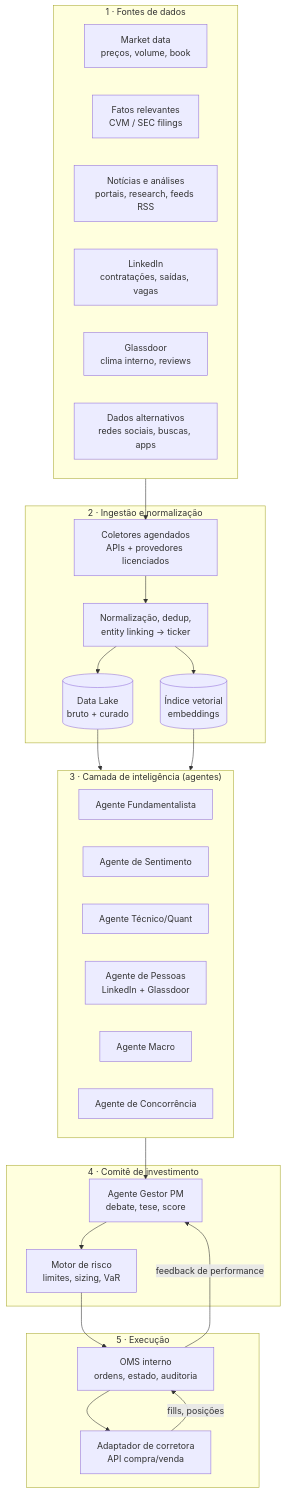
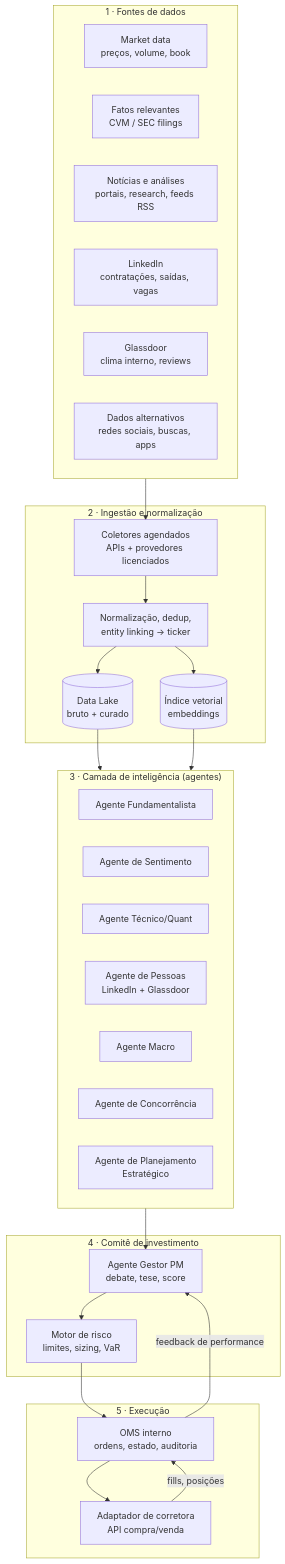
Before and after one commit to pegoraroLenzi/autosearch-apk: the diagram in PROJETO-AI-NATIVE-HEDGE-FUND.md, drawn with Mermaid. The commit also changed other lines of this file and 1 other file, not shown here.

First line of the commit message:
Adiciona Agente de Planejamento Estratégico e sua base teórica

````diff
--- a/PROJETO-AI-NATIVE-HEDGE-FUND.md
+++ b/PROJETO-AI-NATIVE-HEDGE-FUND.md
@@ -28,45 +28,46 @@
 ```mermaid
 flowchart TB
     subgraph FONTES["1 · Fontes de dados"]
         MD[Market data<br/>preços, volume, book]
         FR[Fatos relevantes<br/>CVM / SEC filings]
         NEWS[Notícias e análises<br/>portais, research, feeds RSS]
         LI[LinkedIn<br/>contratações, saídas, vagas]
         GD[Glassdoor<br/>clima interno, reviews]
         ALT[Dados alternativos<br/>redes sociais, buscas, apps]
     end
 
     subgraph INGESTAO["2 · Ingestão e normalização"]
         COL[Coletores agendados<br/>APIs + provedores licenciados]
         NORM[Normalização, dedup,<br/>entity linking → ticker]
         LAKE[(Data Lake<br/>bruto + curado)]
         VEC[(Índice vetorial<br/>embeddings)]
     end
 
     subgraph INTEL["3 · Camada de inteligência (agentes)"]
         A1[Agente Fundamentalista]
         A2[Agente de Sentimento]
         A3[Agente Técnico/Quant]
         A4[Agente de Pessoas<br/>LinkedIn + Glassdoor]
         A5[Agente Macro]
         A6[Agente de Concorrência]
+        A7[Agente de Planejamento<br/>Estratégico]
     end
 
     subgraph DECISAO["4 · Comitê de investimento"]
         PM[Agente Gestor PM<br/>debate, tese, score]
         RISK[Motor de risco<br/>limites, sizing, VaR]
     end
 
     subgraph EXEC["5 · Execução"]
         OMS[OMS interno<br/>ordens, estado, auditoria]
         BROKER[Adaptador de corretora<br/>API compra/venda]
     end
 
     FONTES --> COL --> NORM --> LAKE
     NORM --> VEC
     LAKE --> INTEL
     VEC --> INTEL
     INTEL --> PM --> RISK --> OMS --> BROKER
     BROKER -->|fills, posições| OMS
     OMS -->|feedback de performance| PM
 ```
````
